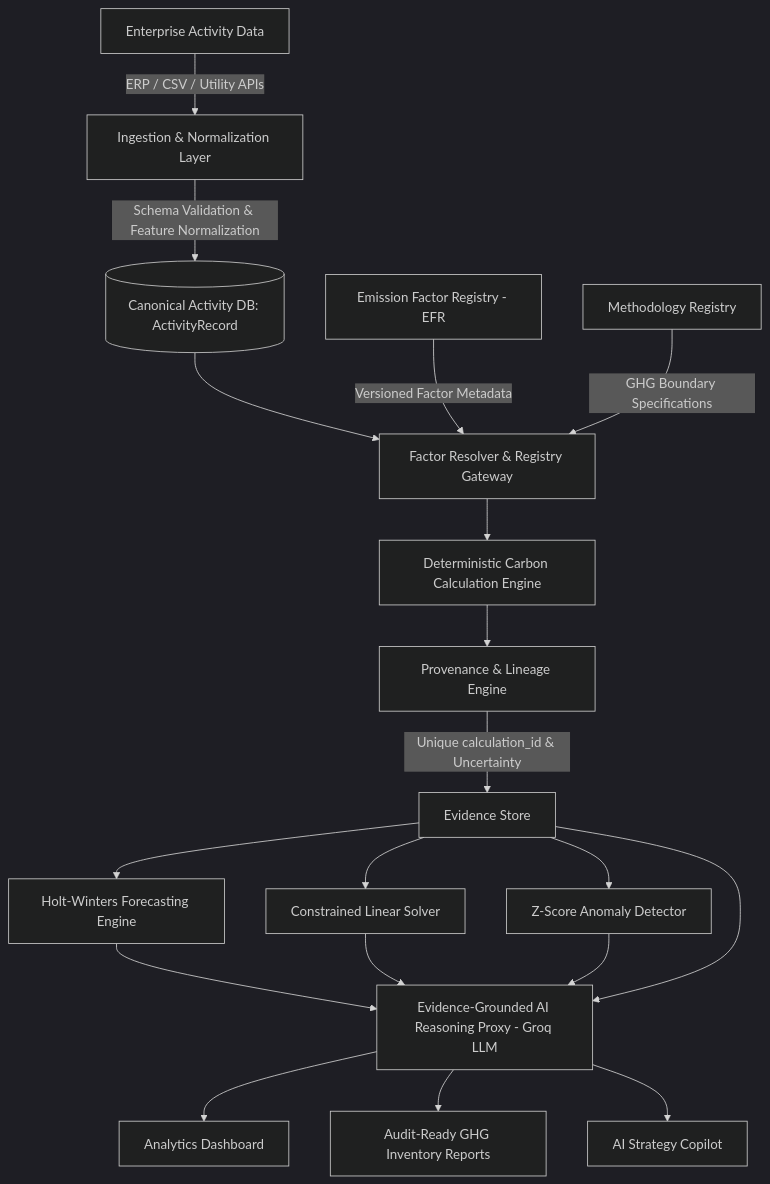
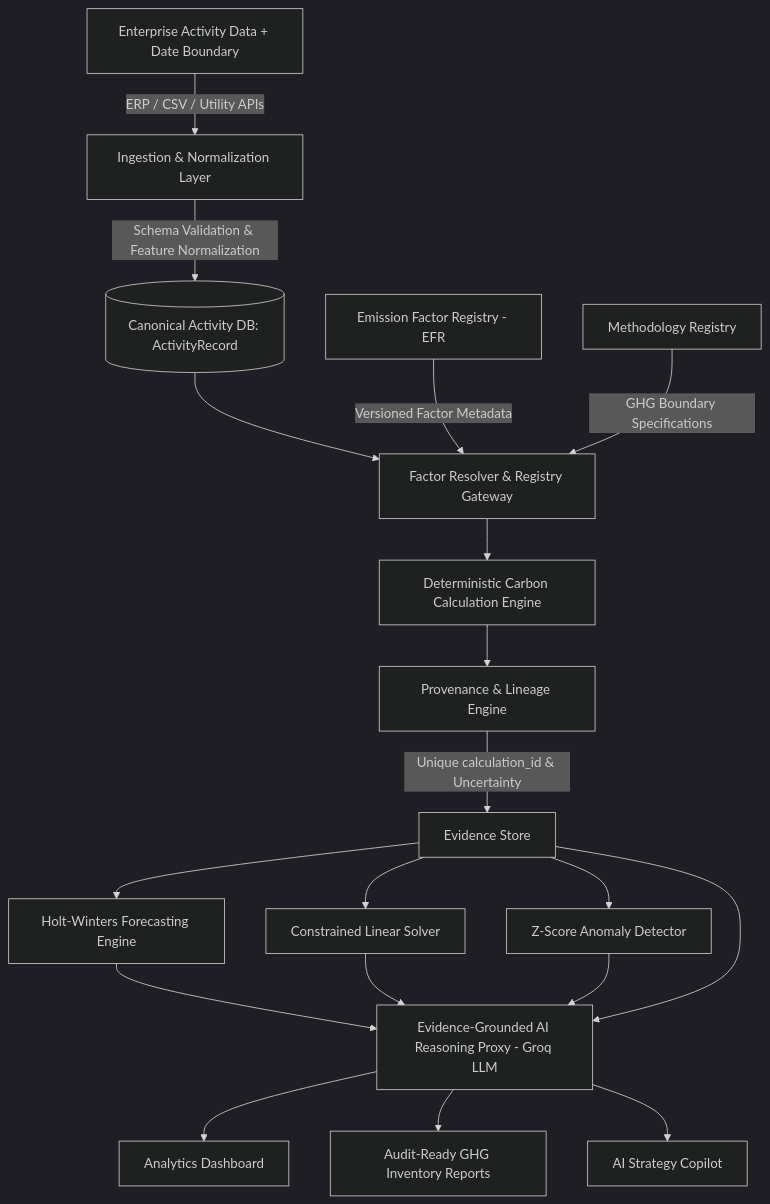
The first of 3 diagrams in README.md (Dhruvg334/Carbonly), drawn with Mermaid (dark theme) before and after one commit. The commit also changed other lines of this file and 1 other file, not shown here.

````diff
--- a/README.md
+++ b/README.md
@@ -22,24 +23,24 @@
 ```mermaid
 graph TD
-    A[Enterprise Activity Data] -->|ERP / CSV / Utility APIs| B[Ingestion & Normalization Layer]
+    A[Enterprise Activity Data + Date Boundary] -->|ERP / CSV / Utility APIs| B[Ingestion & Normalization Layer]
     B -->|Schema Validation & Feature Normalization| C[(Canonical Activity DB: ActivityRecord)]
     C --> D[Factor Resolver & Registry Gateway]
     E[Emission Factor Registry - EFR] -->|Versioned Factor Metadata| D
     F[Methodology Registry] -->|GHG Boundary Specifications| D
     D --> G[Deterministic Carbon Calculation Engine]
     G --> H[Provenance & Lineage Engine]
     H -->|Unique calculation_id & Uncertainty| I[Evidence Store]
     
     I --> J[Holt-Winters Forecasting Engine]
     I --> K[Constrained Linear Solver]
     I --> L[Z-Score Anomaly Detector]
     
     J --> M[Evidence-Grounded AI Reasoning Proxy - Groq LLM]
     K --> M
     L --> M
     I --> M
     
     M --> N[Analytics Dashboard]
     M --> O[Audit-Ready GHG Inventory Reports]
     M --> P[AI Strategy Copilot]
 ```
````
